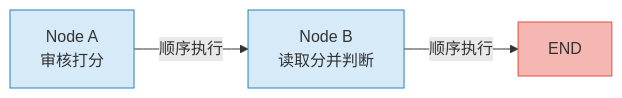
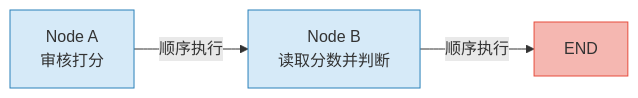
Before and after one commit to shuh-ai/agent-dev-guide: the fourth of 9 diagrams in 02-开发框架与平台/LangGraph/02-状态与节点边.md, drawn with Mermaid. The commit also changed other lines of this file and 9 other files, not shown here.

Commit message:
fix：细化核心图表及相关描述，提升逻辑清晰度

````diff
--- a/02-开发框架与平台/LangGraph/02-状态与节点边.md
+++ b/02-开发框架与平台/LangGraph/02-状态与节点边.md
@@ -489,9 +490,9 @@
 ```mermaid
 graph LR
-    A["Node A<br/>审核打分"] -->|"顺序执行"| B["Node B<br/>读取分并判断"]
+    A["Node A<br/>审核打分"] -->|"顺序执行"| B["Node B<br/>读取分数并判断"]
     B -->|"顺序执行"| C["END"]
 
     style A fill:#d6eaf8,stroke:#2980b9
     style B fill:#d6eaf8,stroke:#2980b9
     style C fill:#f5b7b1,stroke:#e74c3c
 ```
````
